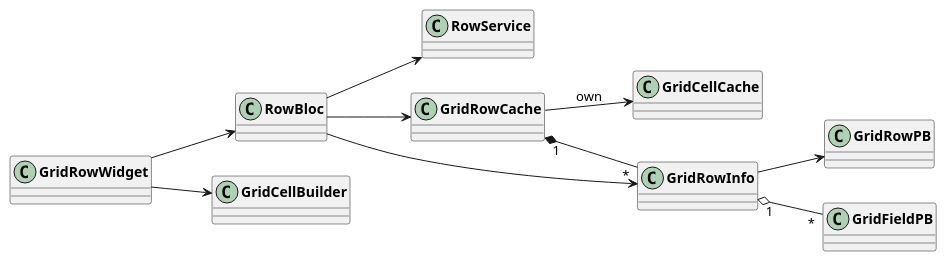
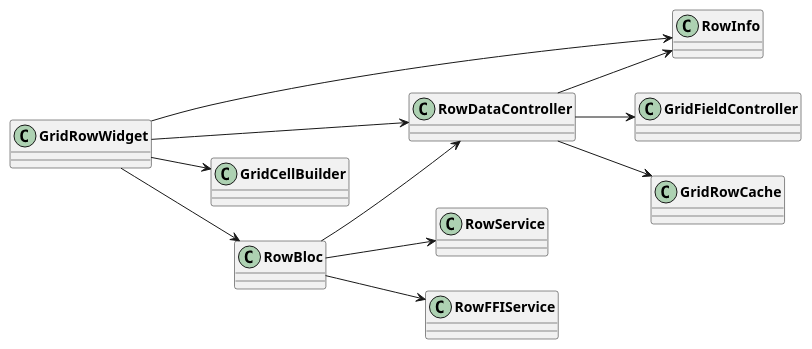
One commit to AppFlowy-IO/AppFlowy-Docs changed the diagram in uml/dart_classes/grid_row.plantuml. Above: the diagram before and after it, drawn with PlantUML. The commit also changed 5 other files, not shown here.

Commit message:
chore: update diagrams

```diff
--- a/uml/dart_classes/grid_row.plantuml
+++ b/uml/dart_classes/grid_row.plantuml
@@ -1,19 +1,23 @@
 @startuml
 skinparam classFontStyle Bold
 skinparam ActivityBackgroundColor Silver
 skinparam ActivityBorderColor DimGray
 left to right direction
 
+GridRowWidget --> RowInfo
+GridRowWidget --> RowDataController
+GridRowWidget --> GridCellBuilder
 GridRowWidget --> RowBloc
-GridRowWidget --> GridCellBuilder
 
 RowBloc --> RowService
 
+'RowBloc
+RowBloc --> RowFFIService
+RowBloc --> RowDataController
+
 'cache
-RowBloc --> GridRowCache
-GridRowCache --> GridCellCache: own
-GridRowCache "1" *-- "*" GridRowInfo
-GridRowInfo --> GridRowPB
-GridRowInfo "1" o-- "*" GridFieldPB
-RowBloc --> GridRowInfo
+RowDataController --> RowInfo
+RowDataController --> GridFieldController
+RowDataController --> GridRowCache
+
 @enduml
```
